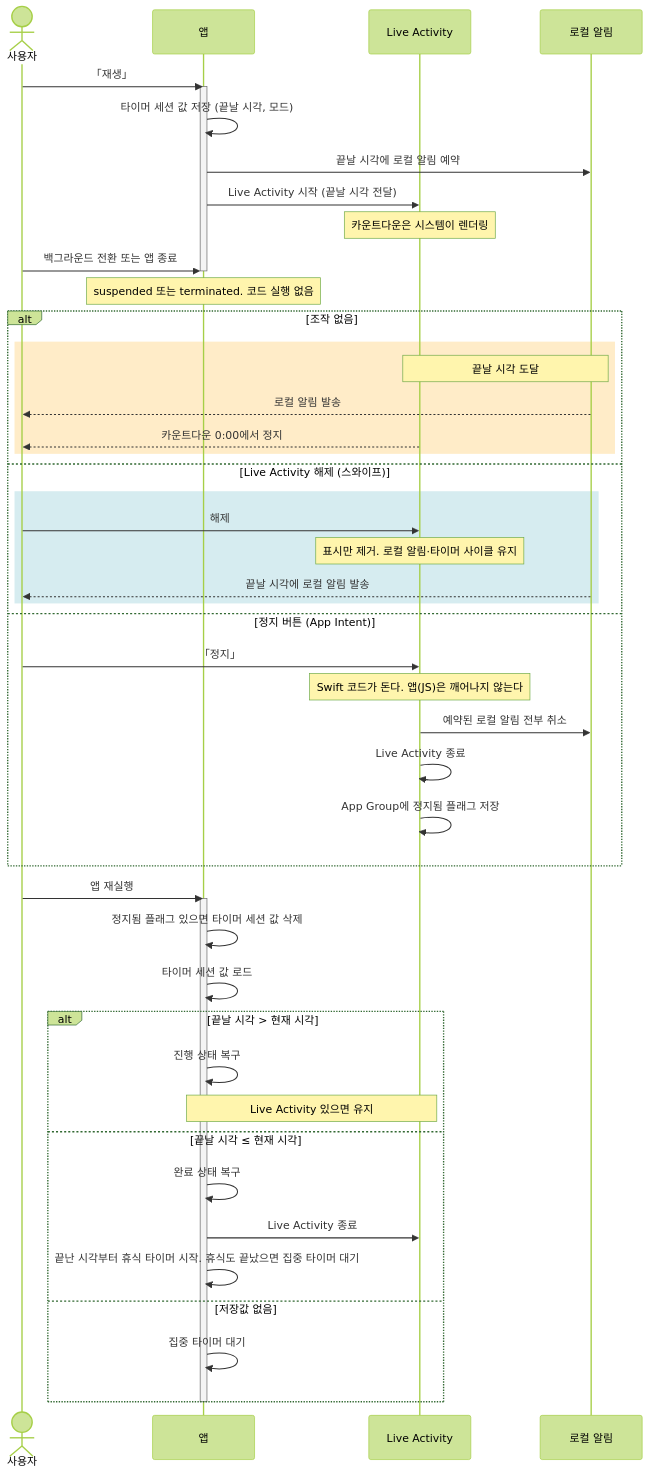
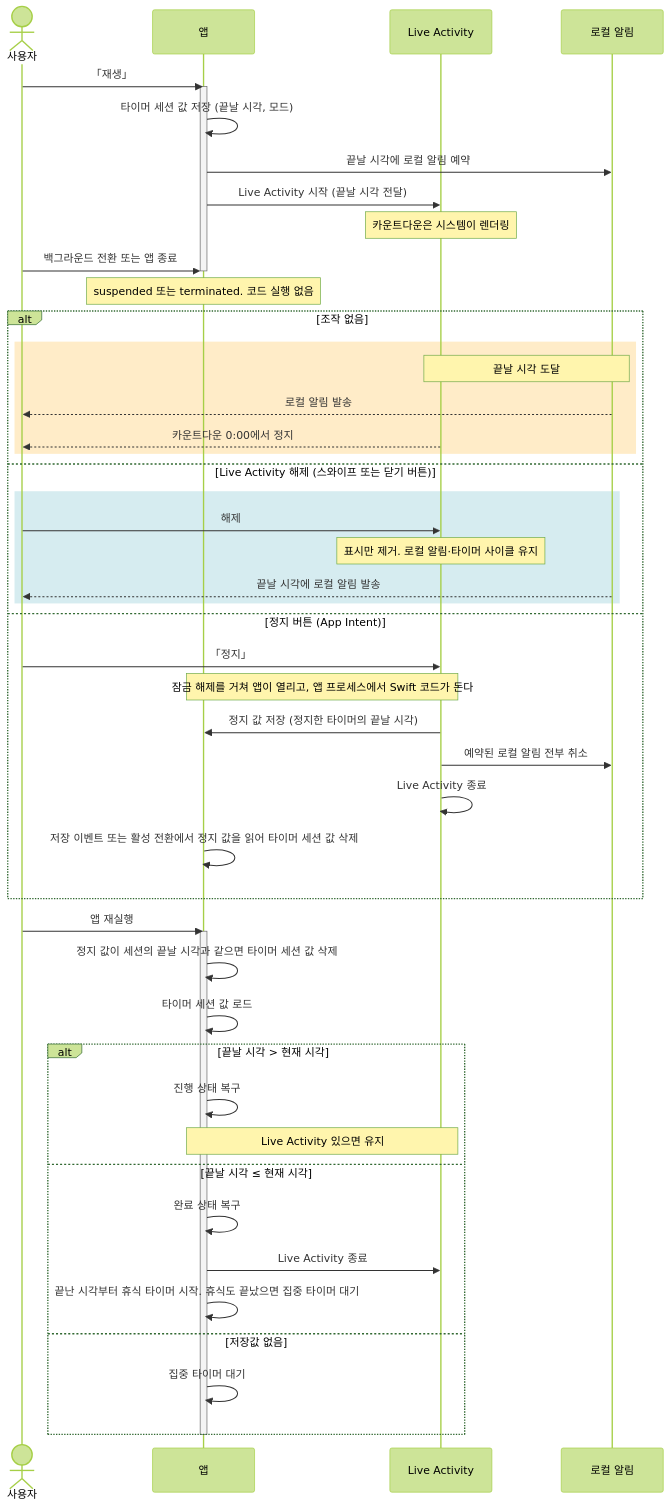
The diagram in SPEC.md (Bori-github/tadaktadak), drawn with Mermaid (forest theme) before and after one commit. The commit also changed other lines of this file, not shown here.

Commit message:
docs: 정지 흐름 다이어그램을 앱이 열리는 동작과 정지 값 저장소에 맞춤

````diff
--- a/SPEC.md
+++ b/SPEC.md
@@ -16,54 +16,55 @@
 ```mermaid
 sequenceDiagram
     actor U as 사용자
     participant A as 앱
     participant L as Live Activity
     participant N as 로컬 알림
 
     U->>A: 「재생」
     activate A
     A->>A: 타이머 세션 값 저장 (끝날 시각, 모드)
     A->>N: 끝날 시각에 로컬 알림 예약
     A->>L: Live Activity 시작 (끝날 시각 전달)
     Note over L: 카운트다운은 시스템이 렌더링
 
     U->>A: 백그라운드 전환 또는 앱 종료
     deactivate A
     Note over A: suspended 또는 terminated. 코드 실행 없음
 
     alt 조작 없음
         rect rgb(255, 236, 200)
             Note over L,N: 끝날 시각 도달
             N-->>U: 로컬 알림 발송
             L-->>U: 카운트다운 0:00에서 정지
         end
-    else Live Activity 해제 (스와이프)
+    else Live Activity 해제 (스와이프 또는 닫기 버튼)
         rect rgb(214, 236, 240)
             U->>L: 해제
             Note over L: 표시만 제거. 로컬 알림·타이머 사이클 유지
             N-->>U: 끝날 시각에 로컬 알림 발송
         end
     else 정지 버튼 (App Intent)
         U->>L: 「정지」
-        Note over L: Swift 코드가 돈다. 앱(JS)은 깨어나지 않는다
+        Note over A,L: 잠금 해제를 거쳐 앱이 열리고, 앱 프로세스에서 Swift 코드가 돈다
+        L->>A: 정지 값 저장 (정지한 타이머의 끝날 시각)
         L->>N: 예약된 로컬 알림 전부 취소
         L->>L: Live Activity 종료
-        L->>L: App Group에 정지됨 플래그 저장
+        A->>A: 저장 이벤트 또는 활성 전환에서 정지 값을 읽어 타이머 세션 값 삭제
     end
 
     U->>A: 앱 재실행
     activate A
-    A->>A: 정지됨 플래그 있으면 타이머 세션 값 삭제
+    A->>A: 정지 값이 세션의 끝날 시각과 같으면 타이머 세션 값 삭제
     A->>A: 타이머 세션 값 로드
     alt 끝날 시각 > 현재 시각
         A->>A: 진행 상태 복구
         Note over A,L: Live Activity 있으면 유지
     else 끝날 시각 ≤ 현재 시각
         A->>A: 완료 상태 복구
         A->>L: Live Activity 종료
         A->>A: 끝난 시각부터 휴식 타이머 시작. 휴식도 끝났으면 집중 타이머 대기
     else 저장값 없음
         A->>A: 집중 타이머 대기
     end
     deactivate A
 ```
````
